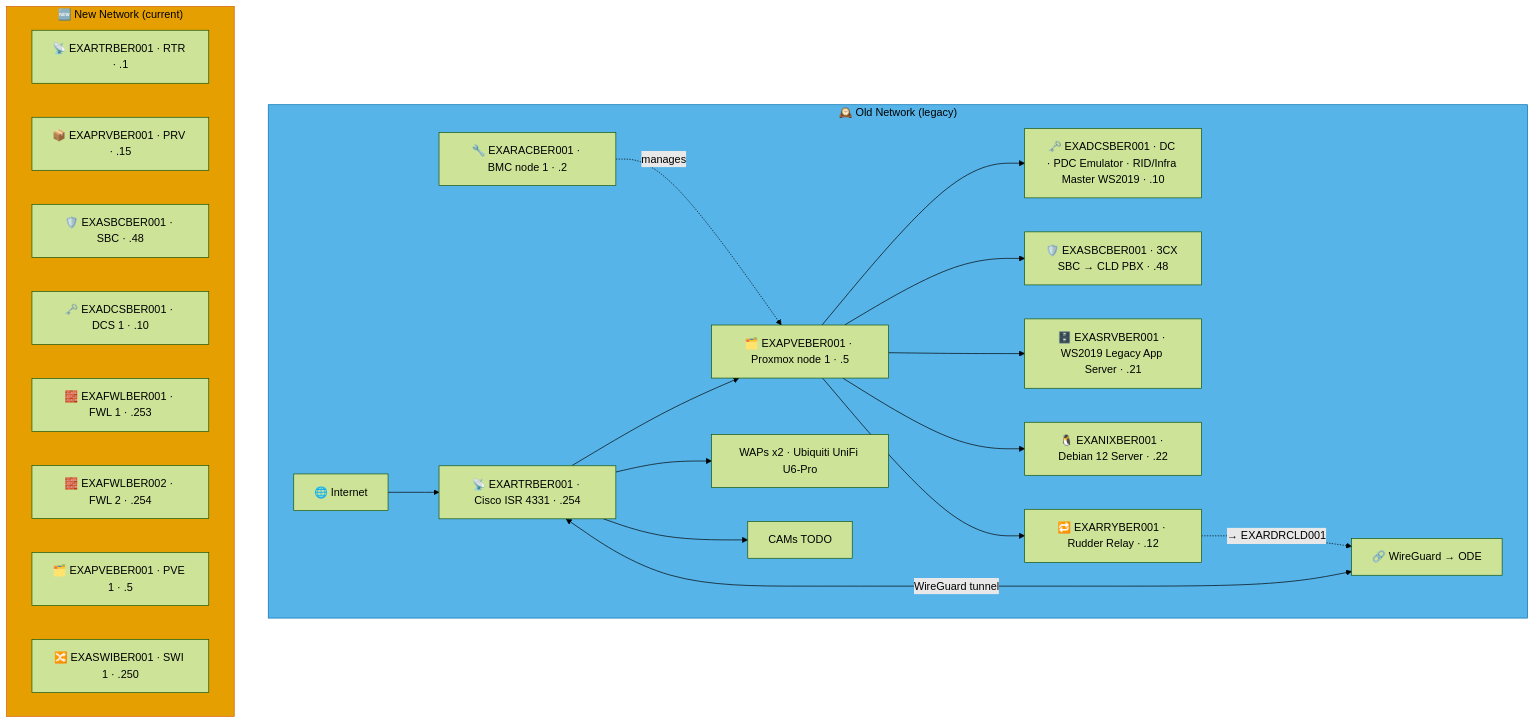
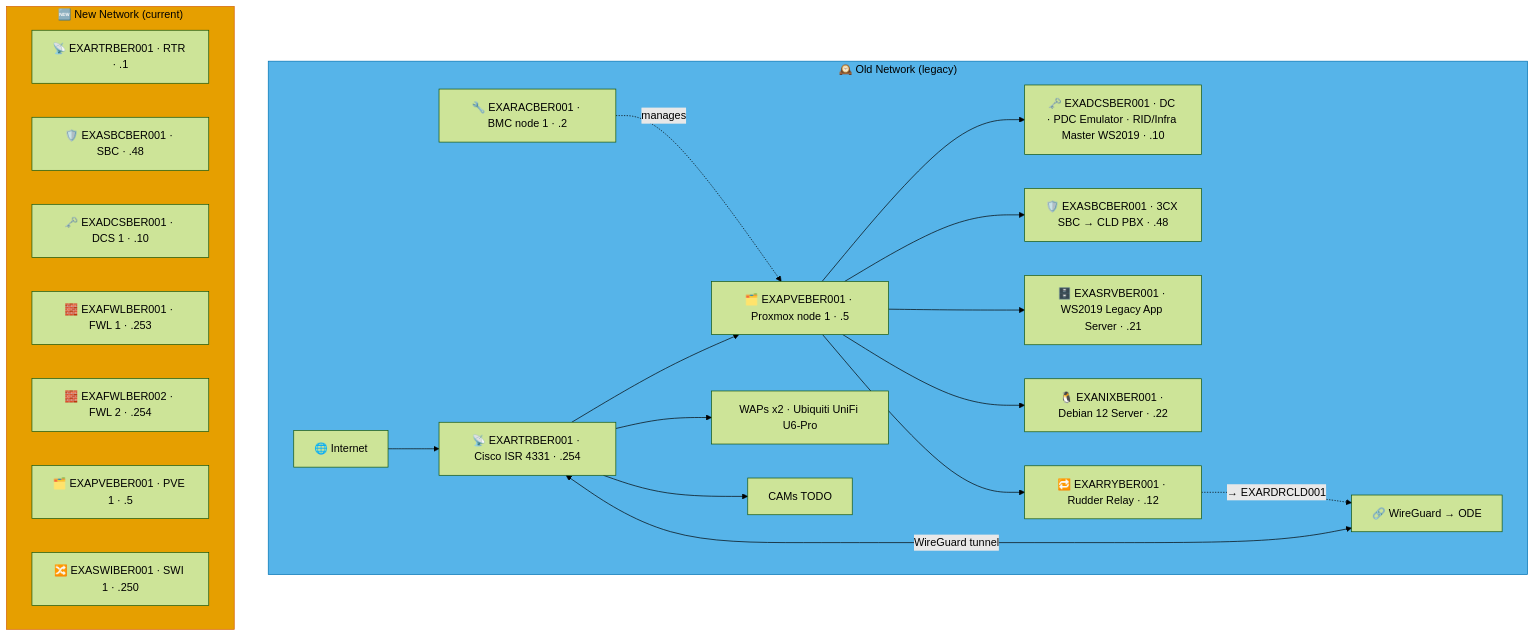
The second of 5 diagrams in docs/network-diagram/deutschland.md (knightmare2600/example_music_infra), drawn with Mermaid (forest theme) before and after one commit. The commit also changed other lines of this file and 55 other files, not shown here.

````diff
--- a/docs/network-diagram/deutschland.md
+++ b/docs/network-diagram/deutschland.md
@@ -78,39 +77,38 @@
 ```mermaid
 graph TD
     subgraph OLD_BER ["🕰️ Old Network (legacy)"]
       INET["🌐 Internet"]
       RTR["📡 EXARTRBER001 · Cisco ISR 4331 · .254"]
       RAC["🔧 EXARACBER001 · BMC node 1 · .2"]
       PVE["🗂️ EXAPVEBER001 · Proxmox node 1 · .5"]
       DC["🗝️ EXADCSBER001 · DC · PDC Emulator · RID/Infra Master WS2019 · .10"]
       SBC["🛡️ EXASBCBER001 · 3CX SBC → CLD PBX · .48"]
       RRY["🔁 EXARRYBER001 · Rudder Relay · .12"]
       SRV["🗄️ EXASRVBER001 · WS2019 Legacy App Server · .21"]
       NIX["🐧 EXANIXBER001 · Debian 12 Server · .22"]
       WAP["WAPs x2 · Ubiquiti UniFi U6-Pro"]
       CAM["CAMs TODO"]
       VPN["🔗 WireGuard → ODE"]
 
       INET --> RTR --> PVE --> DC & SBC & SRV & NIX
       RAC -.->|"manages"| PVE
       RTR --> WAP & CAM
       RTR <-->|"WireGuard tunnel"| VPN
 
       PVE --> RRY
       RRY -. "→ EXARDRCLD001" .-> VPN
     end
     style OLD_BER fill:#56B4E9,stroke:#0072B2,color:#000000
     %% GENERATED:NEW-NETWORK:BER:START
     subgraph NEW_BER ["🆕 New Network (current)"]
       N_RTR["📡 EXARTRBER001 · RTR · .1"]
-      N_PRV["📦 EXAPRVBER001 · PRV · .15"]
       N_SBC["🛡️ EXASBCBER001 · SBC · .48"]
       N_DCS["🗝️ EXADCSBER001 · DCS 1 · .10"]
       N_FWL["🧱 EXAFWLBER001 · FWL 1 · .253"]
       N_FWL2["🧱 EXAFWLBER002 · FWL 2 · .254"]
       N_PVE["🗂️ EXAPVEBER001 · PVE 1 · .5"]
       N_SWI["🔀 EXASWIBER001 · SWI 1 · .250"]
     end
     style NEW_BER fill:#E69F00,stroke:#D55E00,color:#000000
     %% GENERATED:NEW-NETWORK:BER:END
 ```
````
